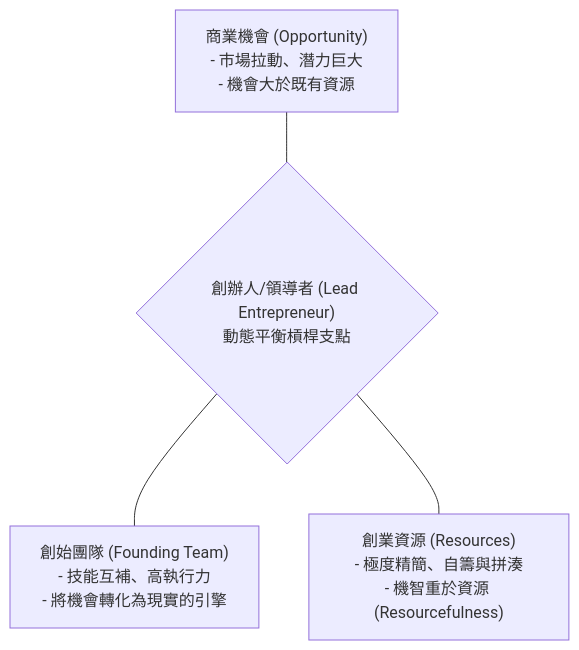
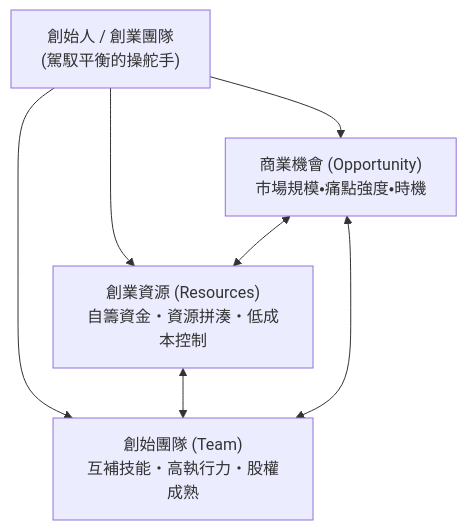
Before and after one commit to Jimlin0428/my-digital-garden: the fourth of 6 diagrams in src/site/notes/04_主題選修/10_創業與企業財務策略/W02_創業構想與商業計畫.md, drawn with Mermaid. The commit also changed other lines of this file and 3 other files, not shown here.

````diff
--- a/src/site/notes/04_主題選修/10_創業與企業財務策略/W02_創業構想與商業計畫.md
+++ b/src/site/notes/04_主題選修/10_創業與企業財務策略/W02_創業構想與商業計畫.md
@@ -64,6 +227,14 @@
 ```mermaid
 flowchart TD
-    O["商業機會 (Opportunity)<br/>- 市場拉動、潛力巨大<br/>- 機會大於既有資源"] --- L{"創辦人/領導者 (Lead Entrepreneur)<br/>動態平衡槓桿支點"}
-    L --- T["創始團隊 (Founding Team)<br/>- 技能互補、高執行力<br/>- 將機會轉化為現實的引擎"]
-    L --- R["創業資源 (Resources)<br/>- 極度精簡、自籌與拼湊<br/>- 機智重於資源 (Resourcefulness)"]
+    Founder["創始人 / 創業團隊<br/>(駕馭平衡的操舵手)"]
+    Opp["商業機會 (Opportunity)<br/>市場規模・痛點強度・時機"]
+    Res["創業資源 (Resources)<br/>自籌資金・資源拼湊・低成本控制"]
+    Team["創始團隊 (Team)<br/>互補技能・高執行力・股權成熟"]
+    
+    Founder --> Opp
+    Founder --> Res
+    Founder --> Team
+    Opp <--> Res
+    Res <--> Team
+    Team <--> Opp
 ```
````
